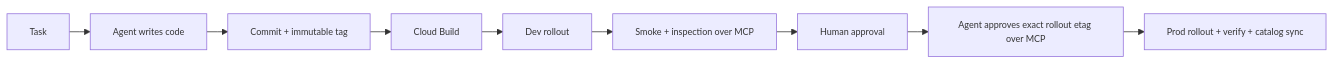
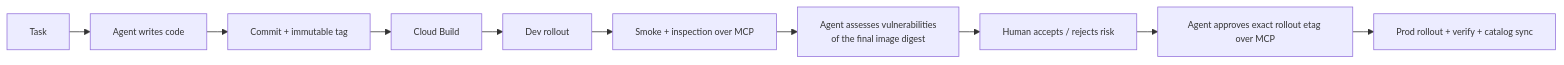
Before and after one commit to pilprod/yourown-chat: the eighth of 10 diagrams in README.md, drawn with Mermaid. The commit also changed other lines of this file, not shown here.

Commit message:
docs: add release vulnerability risk gate

````diff
--- a/README.md
+++ b/README.md
@@ -705,12 +712,13 @@
 ```mermaid
 %%{init: {"flowchart": {"nodeSpacing": 18, "rankSpacing": 28, "curve": "linear"}, "themeVariables": {"fontSize": "12px"}}}%%
 flowchart LR
   T["Task"] --> C["Agent writes code"]
   C --> G["Commit + immutable tag"]
   G --> B["Cloud Build"]
   B --> D["Dev rollout"]
   D --> S["Smoke + inspection over MCP"]
-  S --> H["Human approval"]
+  S --> V["Agent assesses vulnerabilities<br/>of the final image digest"]
+  V --> H["Human accepts / rejects risk"]
   H --> P["Agent approves exact rollout etag over MCP"]
   P --> R["Prod rollout + verify + catalog sync"]
 ```
````
